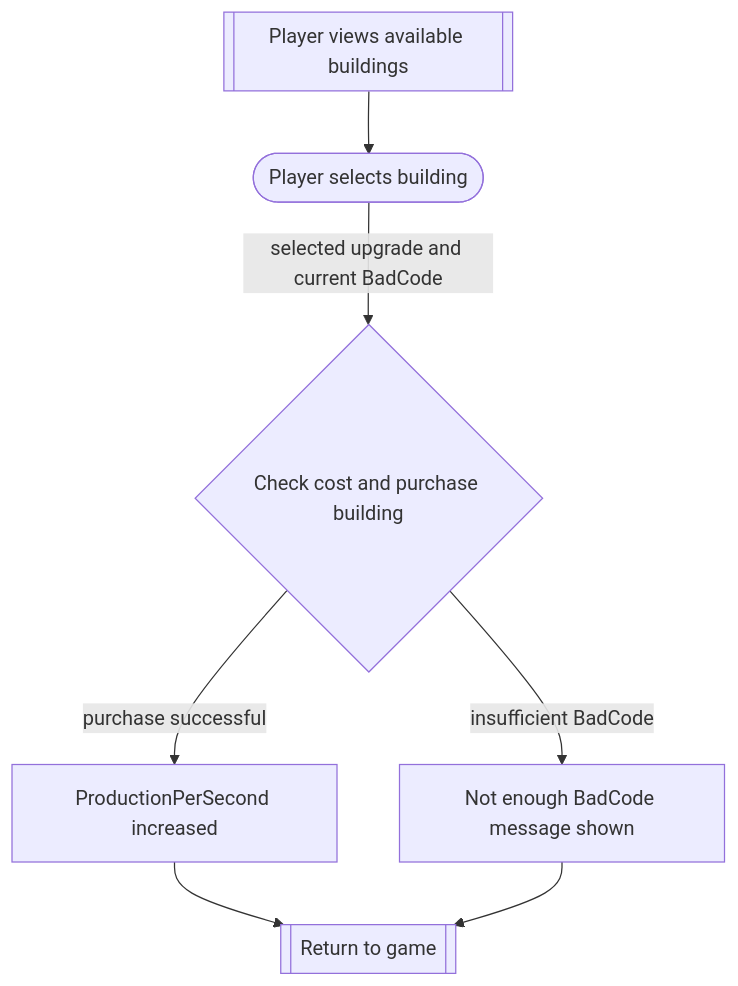
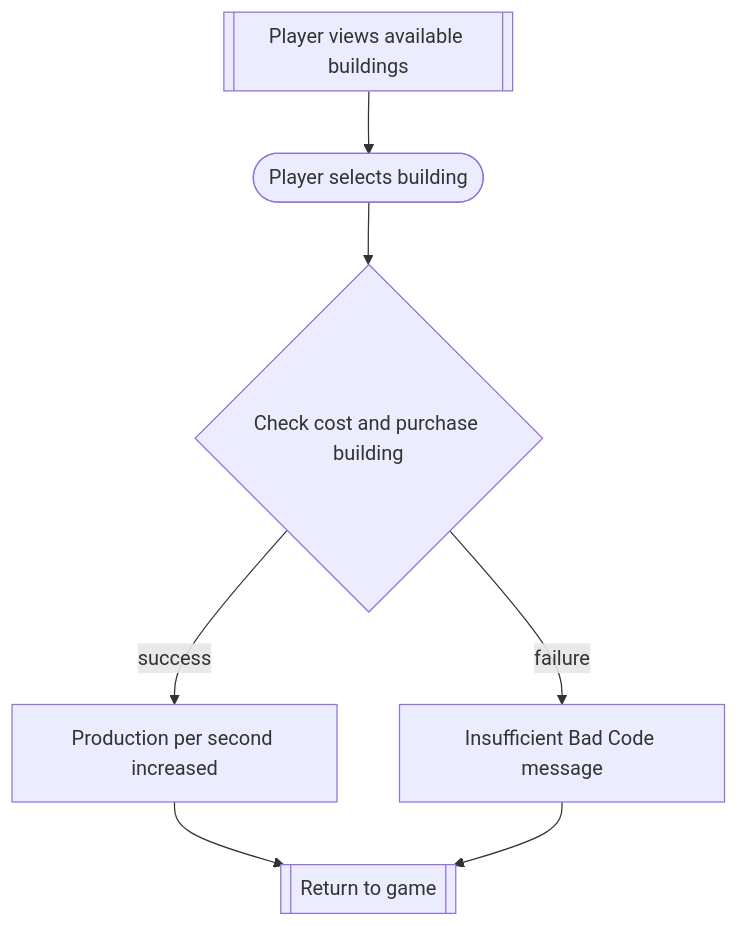
One commit to MoulikB/2452-project changed the fifth of 6 diagrams in flows.md. Above: the diagram before and after it, drawn with Mermaid. The commit also changed other lines of this file and 2 other files, not shown here.

Commit message:
updating design

````diff
--- a/flows.md
+++ b/flows.md
@@ -103,16 +103,16 @@
 ```mermaid
 flowchart TD
     view[[Player views available buildings]]
     select([Player selects building])
     process{Check cost and purchase building}
-    success[ProductionPerSecond increased]
-    fail[Not enough BadCode message shown]
-    endUpgrade[[Return to game]]
+    success[Production per second increased]
+    fail[Insufficient Bad Code message]
+    endFlow[[Return to game]]
 
     view --> select
-    select -- selected upgrade and current BadCode --> process
-    process -- purchase successful --> success
-    process -- insufficient BadCode --> fail
-    success --> endUpgrade
-    fail --> endUpgrade
+    select --> process
+    process -- success --> success
+    process -- failure --> fail
+    success --> endFlow
+    fail --> endFlow
 ```
````
